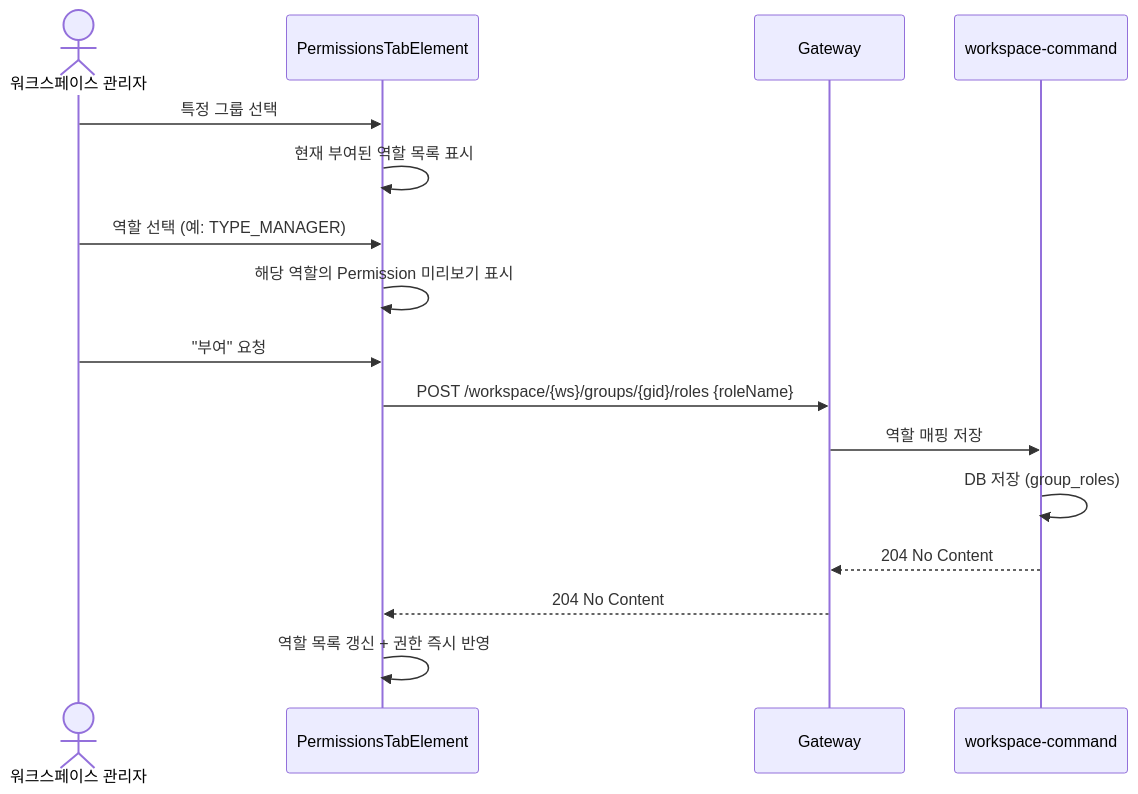
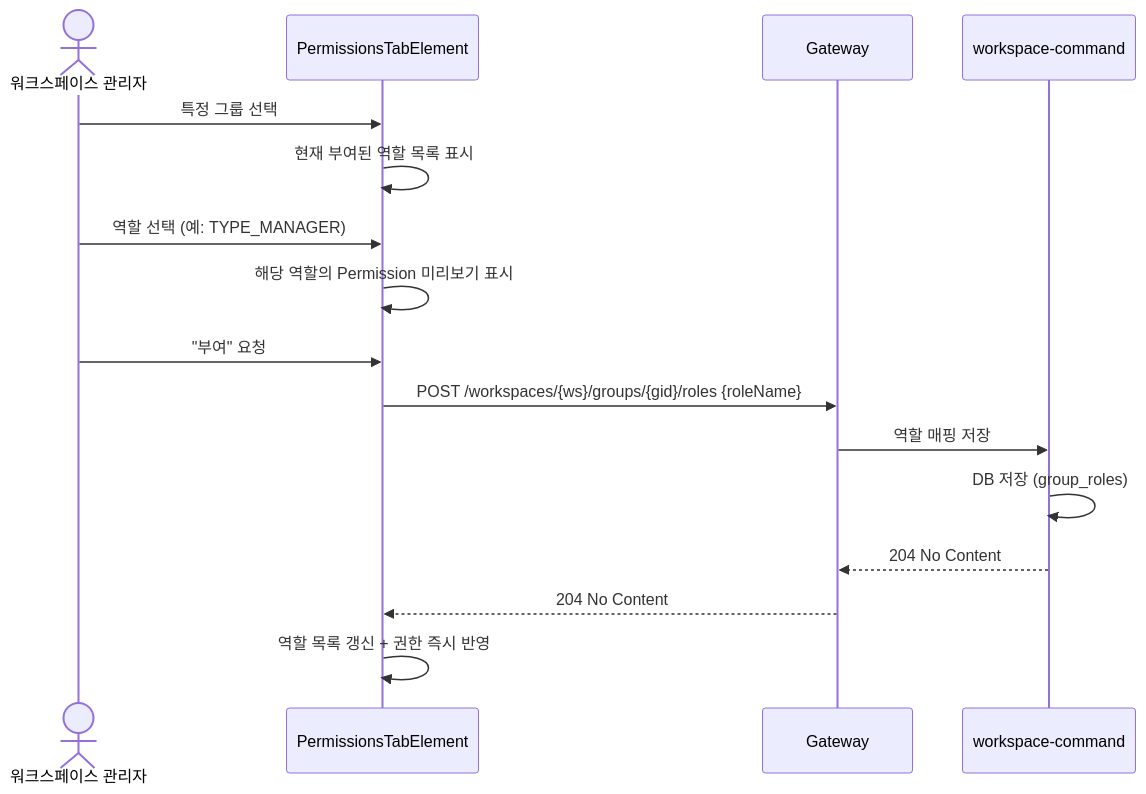
One commit to sayaya1090/handbook changed the ninth of 28 diagrams in docs/usecases.md. Above: the diagram before and after it, drawn with Mermaid. The commit also changed other lines of this file and 58 other files, not shown here.

````diff
--- a/docs/usecases.md
+++ b/docs/usecases.md
@@ -642,19 +642,19 @@
 ```mermaid
 sequenceDiagram
     actor Admin as 워크스페이스 관리자
     participant UI as PermissionsTabElement
     participant GW as Gateway
     participant API as workspace-command
 
     Admin->>UI: 특정 그룹 선택
     UI->>UI: 현재 부여된 역할 목록 표시
     Admin->>UI: 역할 선택 (예: TYPE_MANAGER)
     UI->>UI: 해당 역할의 Permission 미리보기 표시
     Admin->>UI: "부여" 요청
-    UI->>GW: POST /workspace/{ws}/groups/{gid}/roles {roleName}
+    UI->>GW: POST /workspaces/{ws}/groups/{gid}/roles {roleName}
     GW->>API: 역할 매핑 저장
     API->>API: DB 저장 (group_roles)
     API-->>GW: 204 No Content
     GW-->>UI: 204 No Content
     UI->>UI: 역할 목록 갱신 + 권한 즉시 반영
 ```
````
